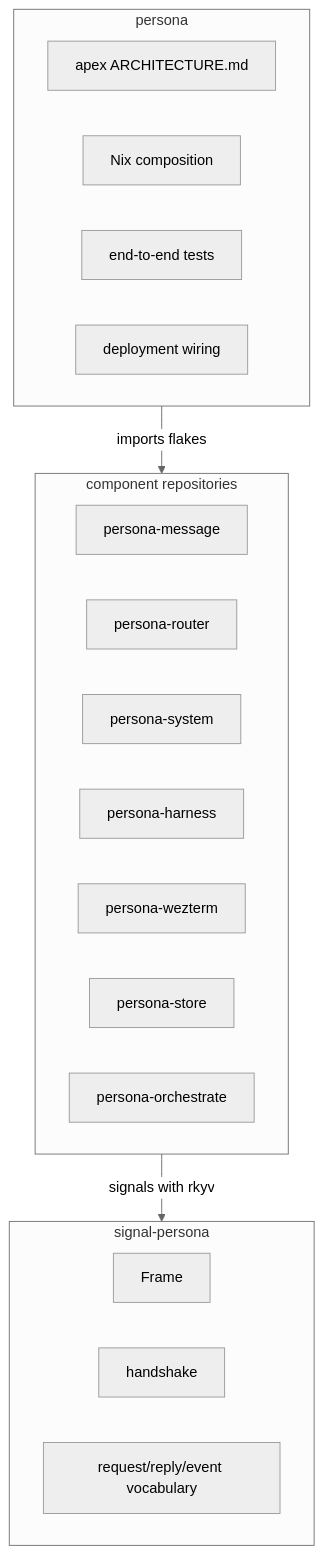
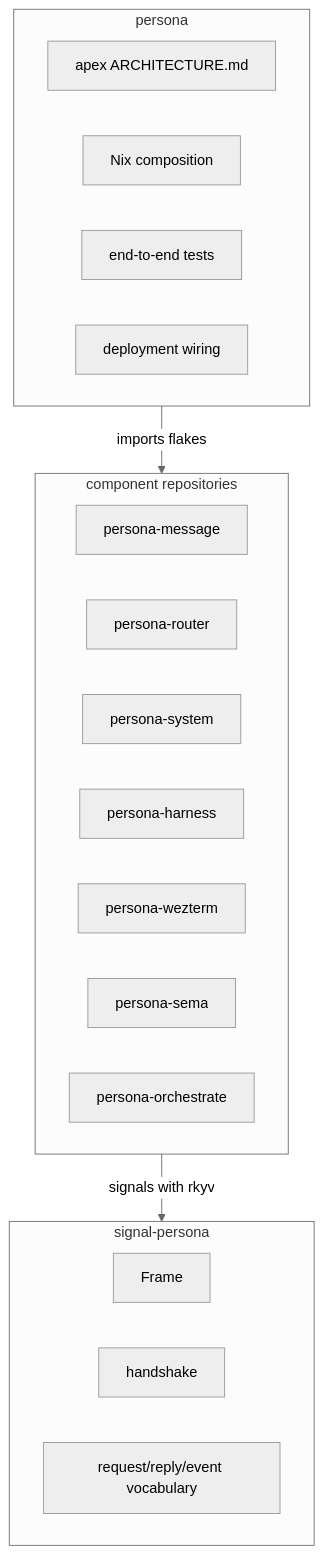
One commit to LiGoldragon/persona changed the first of 3 diagrams in ARCHITECTURE.md. Above: the diagram before and after it, drawn with Mermaid (neutral theme). The commit also changed other lines of this file and 4 other files, not shown here.

Commit message:
wire persona meta repo to persona sema

````diff
--- a/ARCHITECTURE.md
+++ b/ARCHITECTURE.md
@@ -24,28 +24,28 @@
 ```mermaid
 flowchart TB
     subgraph apex["persona"]
         architecture["apex ARCHITECTURE.md"]
         nix["Nix composition"]
         tests["end-to-end tests"]
         deployment["deployment wiring"]
     end
 
     subgraph contract["signal-persona"]
         frame["Frame"]
         handshake["handshake"]
         vocabulary["request/reply/event vocabulary"]
     end
 
     subgraph components["component repositories"]
         message["persona-message"]
         router["persona-router"]
         system["persona-system"]
         harness["persona-harness"]
         wezterm["persona-wezterm"]
-        store["persona-store"]
+        store["persona-sema"]
         orchestrate["persona-orchestrate"]
     end
 
     apex -->|"imports flakes"| components
     components -->|"signals with rkyv"| contract
 ```
````
